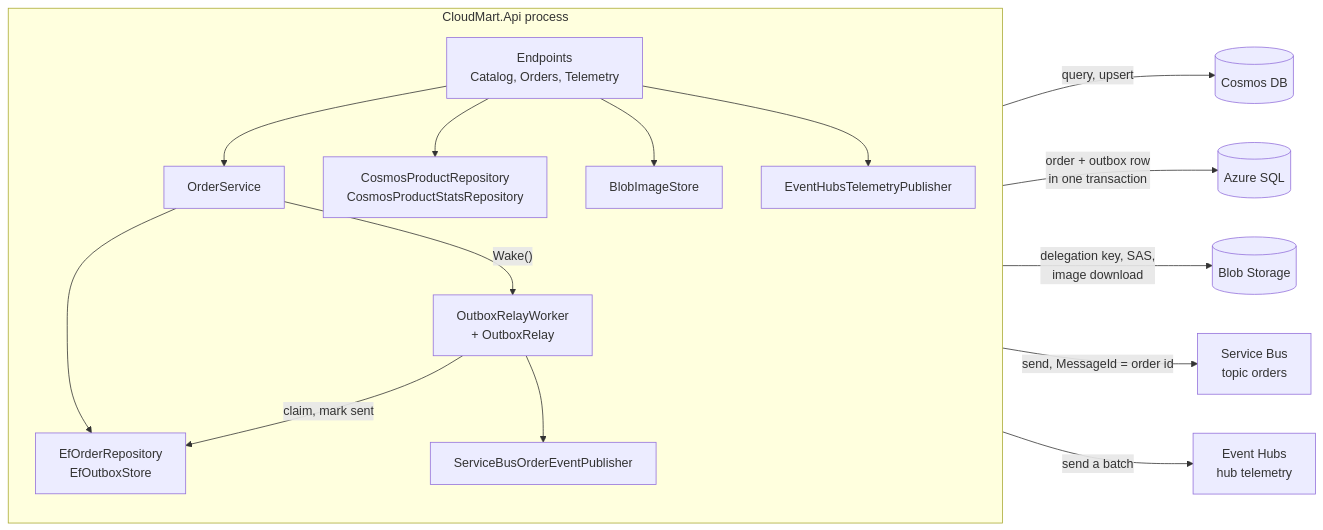
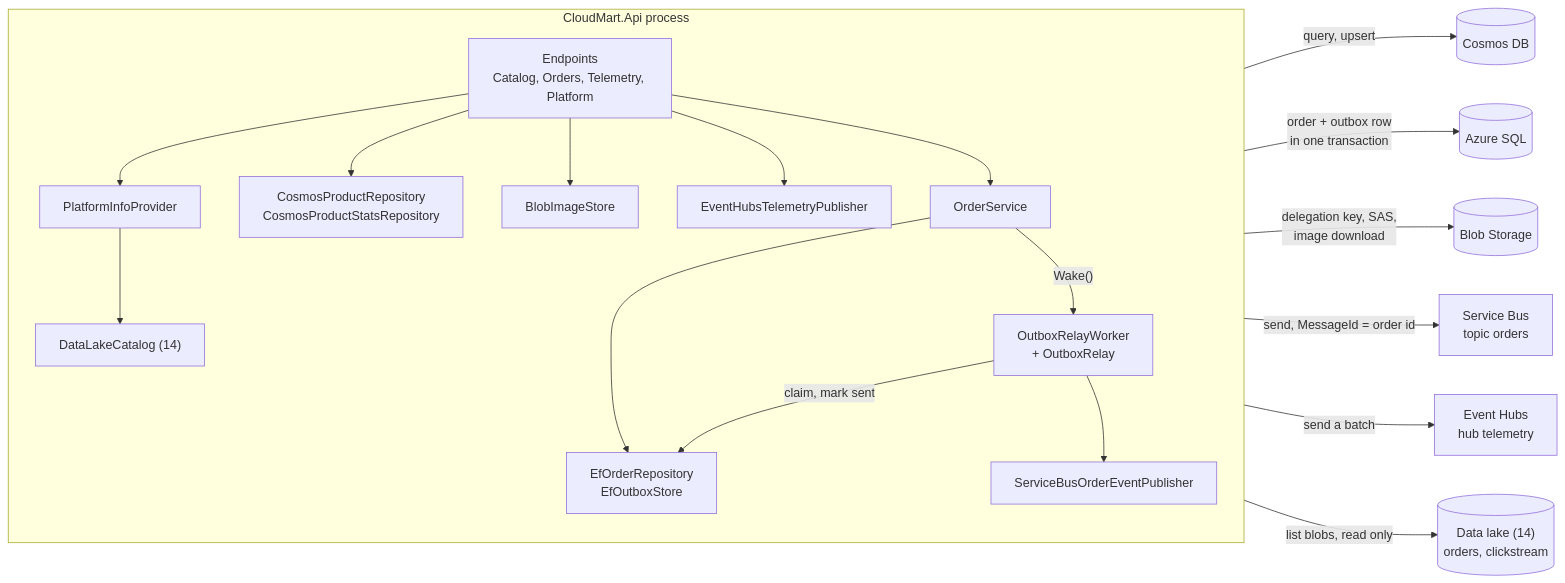
One commit to smfarooq/cloud-mart changed the second of 9 diagrams in docs/AZURE_DEVELOPMENT_GUIDE.md. Above: the diagram before and after it, drawn with Mermaid. The commit also changed other lines of this file and 16 other files, not shown here.

````diff
--- a/docs/AZURE_DEVELOPMENT_GUIDE.md
+++ b/docs/AZURE_DEVELOPMENT_GUIDE.md
@@ -1462,35 +1490,41 @@
 ```mermaid
 flowchart LR
     subgraph apiProc["CloudMart.Api process"]
         direction TB
-        ep["Endpoints<br/>Catalog, Orders, Telemetry"]
+        ep["Endpoints<br/>Catalog, Orders, Telemetry, Platform"]
         osvc["OrderService"]
         relay["OutboxRelayWorker<br/>+ OutboxRelay"]
         cpr["CosmosProductRepository<br/>CosmosProductStatsRepository"]
         efr["EfOrderRepository<br/>EfOutboxStore"]
         bis["BlobImageStore"]
         sbp["ServiceBusOrderEventPublisher"]
         ehp["EventHubsTelemetryPublisher"]
+        pip["PlatformInfoProvider"]
+        dlc["DataLakeCatalog (14)"]
     end
 
     COS[("Cosmos DB")]
     SQLDB[("Azure SQL")]
     BLOB[("Blob Storage")]
     SB["Service Bus<br/>topic orders"]
     EH["Event Hubs<br/>hub telemetry"]
+    LAKE[("Data lake (14)<br/>orders, clickstream")]
 
     ep --> osvc
     ep --> cpr
     ep --> bis
     ep --> ehp
+    ep --> pip
+    pip --> dlc
     osvc --> efr
     osvc -- "Wake()" --> relay
     relay -- "claim, mark sent" --> efr
     relay --> sbp
 
     cpr -- "query, upsert" --> COS
     efr -- "order + outbox row<br/>in one transaction" --> SQLDB
     bis -- "delegation key, SAS,<br/>image download" --> BLOB
     sbp -- "send, MessageId = order id" --> SB
     ehp -- "send a batch" --> EH
+    dlc -- "list blobs, read only" --> LAKE
 ```
````
